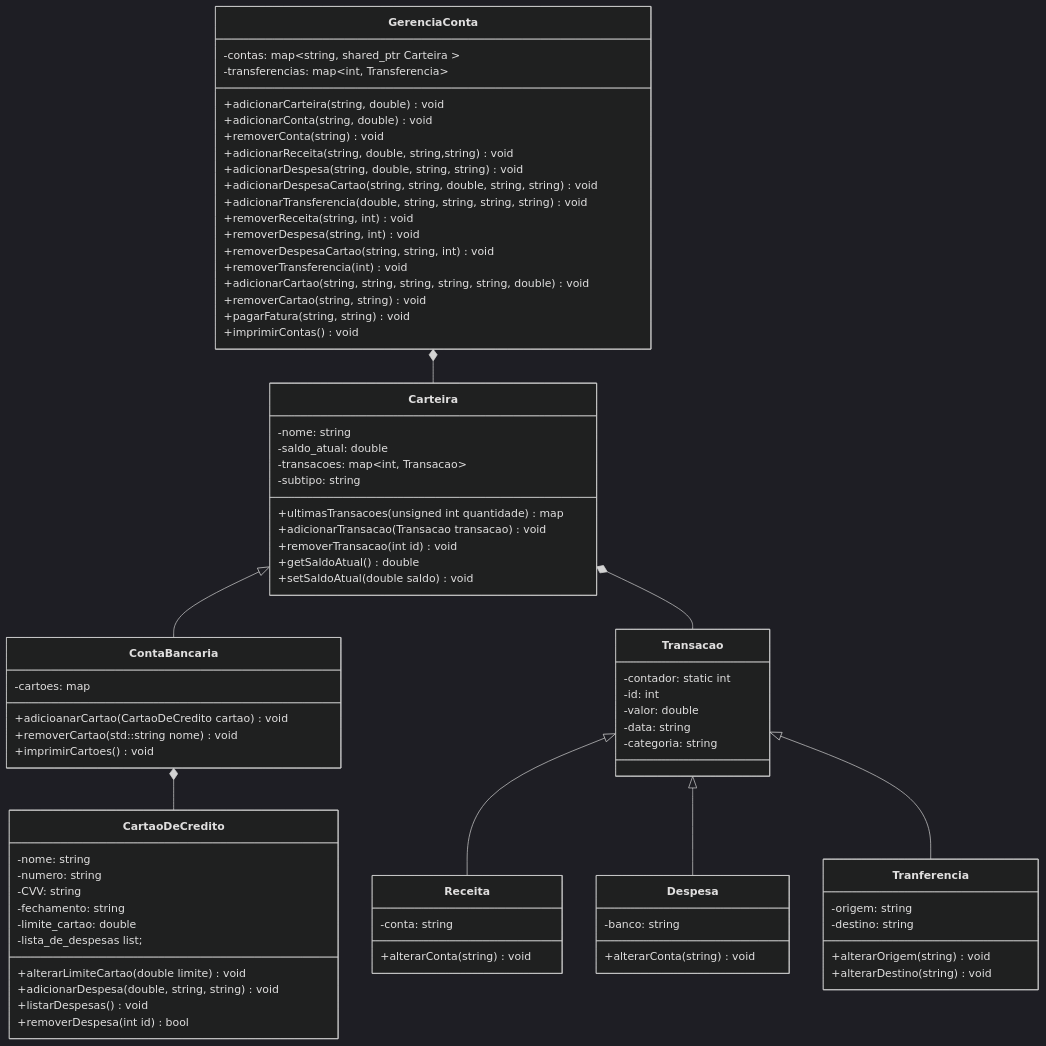
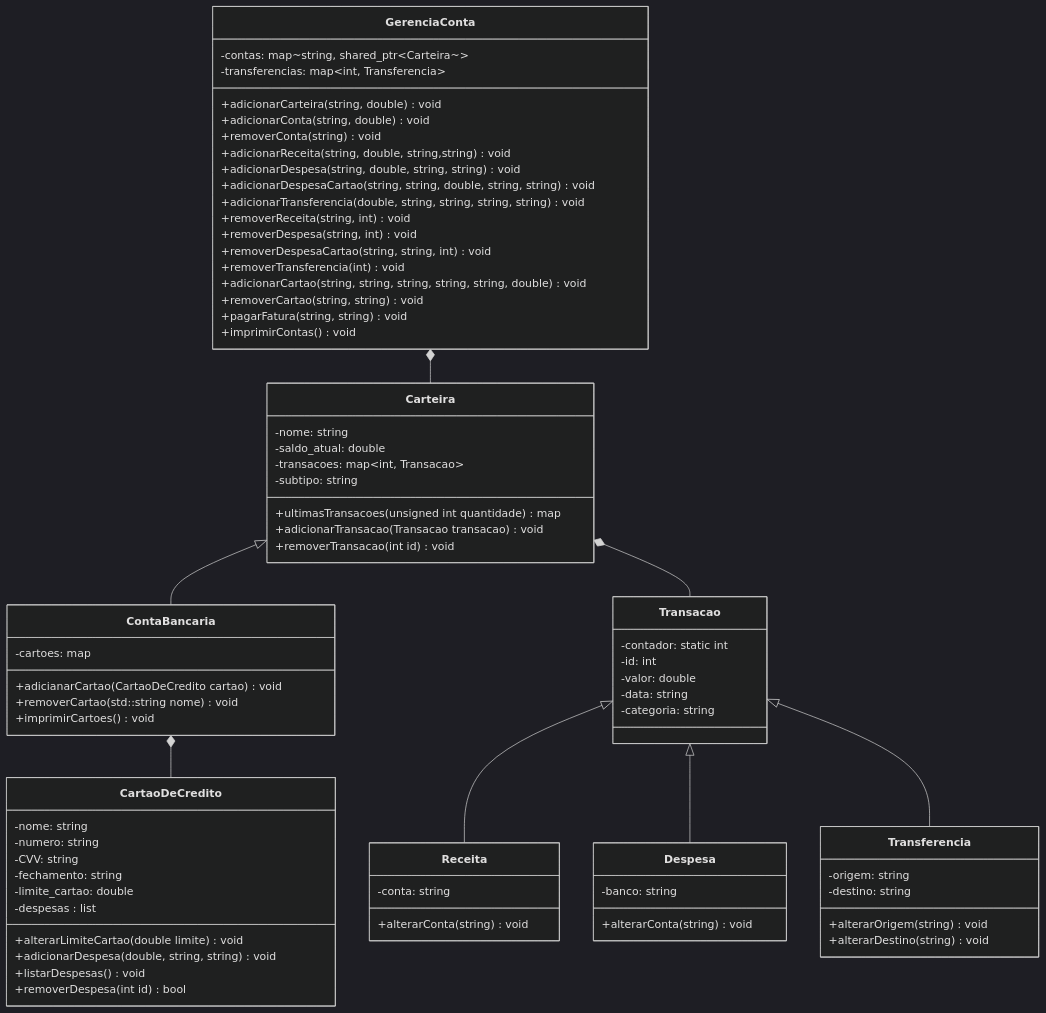
The diagram in docs/diagrama.md (Le0-1/projeto-final-pd2), drawn with Mermaid (dark theme) before and after one commit.

Commit message:
Modificação diagrama

```diff
--- a/docs/diagrama.md
+++ b/docs/diagrama.md
@@ -2,7 +2,7 @@
 classDiagram
 
 class GerenciaConta {
-    -contas: map~string, shared_ptr Carteira ~
+    -contas: map~string, shared_ptr~Carteira~~
     -transferencias: map~int, Transferencia~
 
     +adicionarCarteira(string, double) void
@@ -23,10 +23,6 @@
 }
 
 GerenciaConta *-- Carteira
-Carteira <|-- ContaBancaria
-
-Carteira *-- Transacao
-ContaBancaria *-- CartaoDeCredito
 
 class Carteira {
     -nome: string
@@ -37,17 +33,20 @@
     +ultimasTransacoes(unsigned int quantidade) map
     +adicionarTransacao(Transacao transacao) void
     +removerTransacao(int id) void
-    +getSaldoAtual() double
-    +setSaldoAtual(double saldo) void
 }
+
+Carteira <|-- ContaBancaria
+Carteira *-- Transacao
 
 class ContaBancaria {
     -cartoes: map<string, CartaoDeCredito>
 
-    +adicioanarCartao(CartaoDeCredito cartao) void
+    +adicianarCartao(CartaoDeCredito cartao) void
     +removerCartao(std::string nome) void 
     +imprimirCartoes() void
 }
+
+ContaBancaria *-- CartaoDeCredito
 
 class CartaoDeCredito {
     -nome: string
@@ -55,7 +54,7 @@
     -CVV: string
     -fechamento: string
     -limite_cartao: double
-    -lista_de_despesas list;
+    -despesas : list
 
     +alterarLimiteCartao(double limite) void
     +adicionarDespesa(double, string, string) void
@@ -64,10 +63,6 @@
     
 }
 
-Transacao <|-- Receita
-Transacao <|-- Despesa
-Transacao <|-- Tranferencia
-
 class Transacao {
     -contador: static int
     -id: int
@@ -75,6 +70,10 @@
     -data: string
     -categoria: string
 }
+
+Transacao <|-- Receita
+Transacao <|-- Despesa
+Transacao <|-- Transferencia
 
 class Receita {
     -conta: string 
@@ -88,7 +87,7 @@
     +alterarConta(string) void
 }
 
-class Tranferencia {
+class Transferencia {
     -origem: string
     -destino: string
 
```
